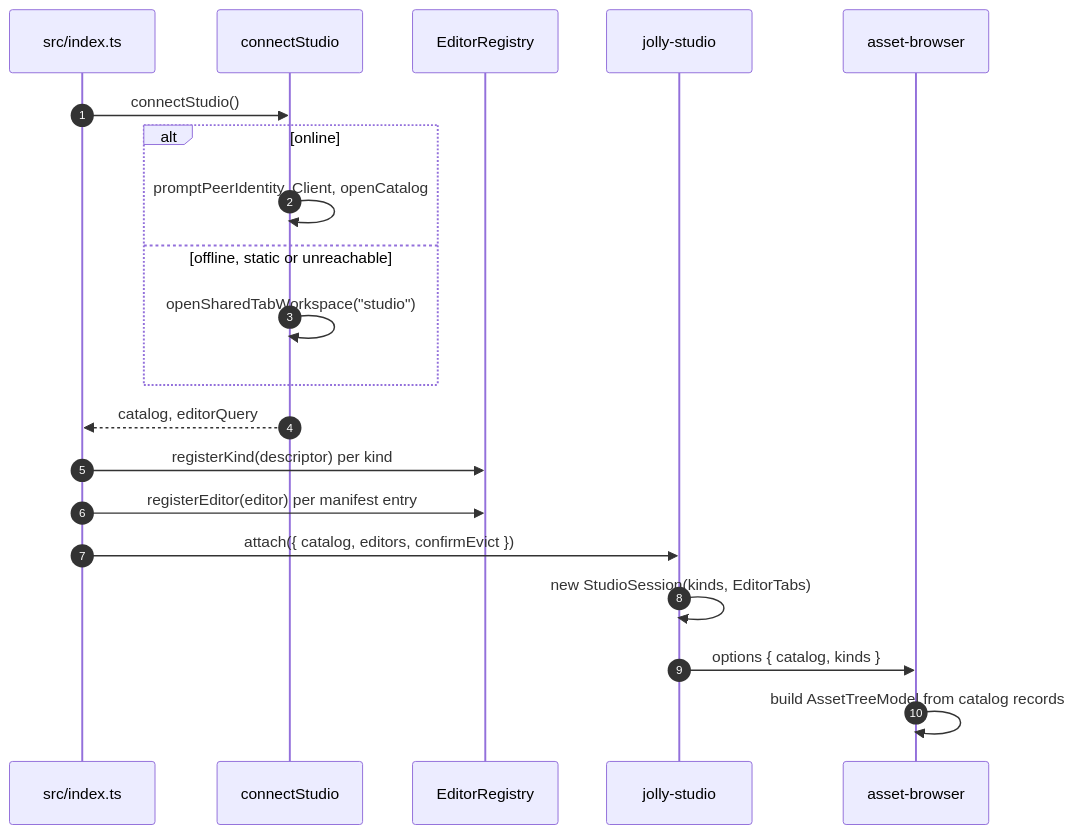
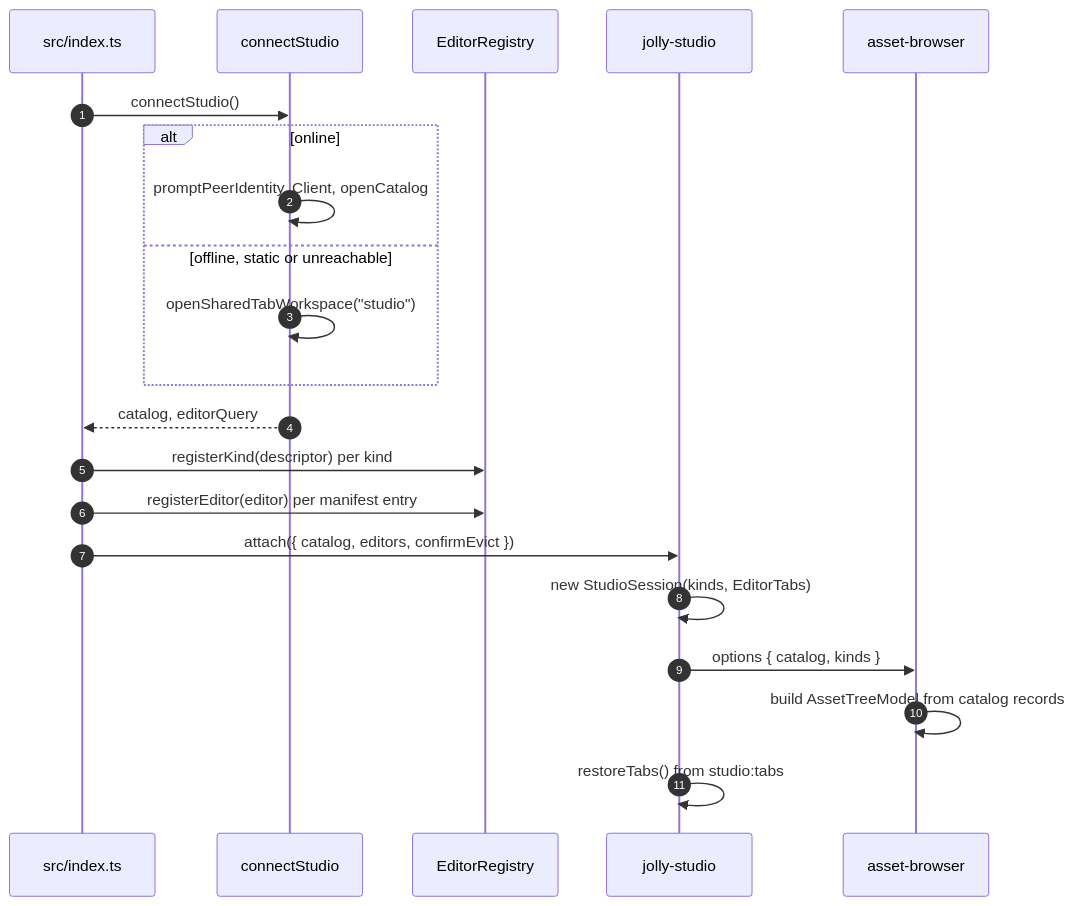
The second of 3 diagrams in packages/studio/ARCHITECTURE.md (JollyPixel/editor), drawn with Mermaid before and after one commit. The commit also changed other lines of this file and 45 other files, not shown here.

````diff
--- a/packages/studio/ARCHITECTURE.md
+++ b/packages/studio/ARCHITECTURE.md
@@ -76,23 +77,24 @@
 ```mermaid
 sequenceDiagram
   autonumber
   participant I as src/index.ts
   participant C as connectStudio
   participant R as EditorRegistry
   participant S as jolly-studio
   participant B as asset-browser
 
   I->>C: connectStudio()
   alt online
     C->>C: promptPeerIdentity, Client, openCatalog
   else offline, static or unreachable
     C->>C: openSharedTabWorkspace("studio")
   end
   C-->>I: catalog, editorQuery
   I->>R: registerKind(descriptor) per kind
   I->>R: registerEditor(editor) per manifest entry
   I->>S: attach({ catalog, editors, confirmEvict })
   S->>S: new StudioSession(kinds, EditorTabs)
   S->>B: options { catalog, kinds }
   B->>B: build AssetTreeModel from catalog records
+  S->>S: restoreTabs() from studio:tabs
 ```
````
